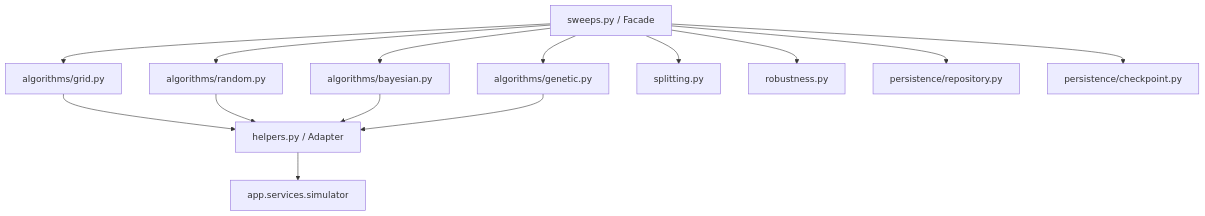
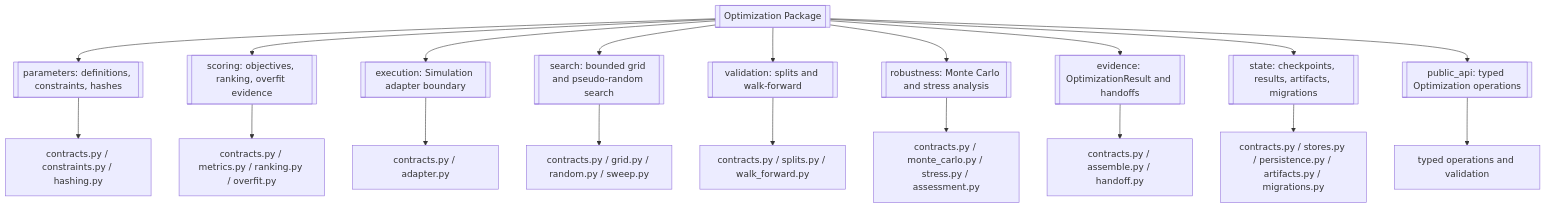
The first of 3 diagrams in app/services/optimization/README.md (haruperi/HaruQuantAI), drawn with Mermaid before and after one commit. The commit also changed other lines of this file and 83 other files, not shown here.

````diff
--- a/app/services/optimization/README.md
+++ b/app/services/optimization/README.md
@@ -11,15 +96,24 @@
 ```mermaid
-graph TD
-    Facade[sweeps.py / Facade] --> Grid[algorithms/grid.py]
-    Facade --> Random[algorithms/random.py]
-    Facade --> Bayesian[algorithms/bayesian.py]
-    Facade --> Genetic[algorithms/genetic.py]
+flowchart TD
+    OPT[[Optimization Package]]
 
-    Grid & Random & Bayesian & Genetic --> Helper[helpers.py / Adapter]
-    Helper --> Backtester[app.services.simulator]
+    OPT --> PAR[[parameters: definitions, constraints, hashes]]
+    OPT --> SCO[[scoring: objectives, ranking, overfit evidence]]
+    OPT --> EXE[[execution: Simulation adapter boundary]]
+    OPT --> SEA[[search: bounded grid and pseudo-random search]]
+    OPT --> VAL[[validation: splits and walk-forward]]
+    OPT --> ROB[[robustness: Monte Carlo and stress analysis]]
+    OPT --> EVI[[evidence: OptimizationResult and handoffs]]
+    OPT --> STA[[state: checkpoints, results, artifacts, migrations]]
+    OPT --> API[[public_api: typed Optimization operations]]
 
-    Facade --> Splitter[splitting.py]
-    Facade --> Robustness[robustness.py]
-    Facade --> DB[persistence/repository.py]
-    Facade --> Checkpoint[persistence/checkpoint.py]
+    PAR --> PARF[contracts.py / constraints.py / hashing.py]
+    SCO --> SCOF[contracts.py / metrics.py / ranking.py / overfit.py]
+    EXE --> EXEF[contracts.py / adapter.py]
+    SEA --> SEAF[contracts.py / grid.py / random.py / sweep.py]
+    VAL --> VALF[contracts.py / splits.py / walk_forward.py]
+    ROB --> ROBF[contracts.py / monte_carlo.py / stress.py / assessment.py]
+    EVI --> EVIF[contracts.py / assemble.py / handoff.py]
+    STA --> STAF[contracts.py / stores.py / persistence.py / artifacts.py / migrations.py]
+    API --> APIF[typed operations and validation]
 ```
````
